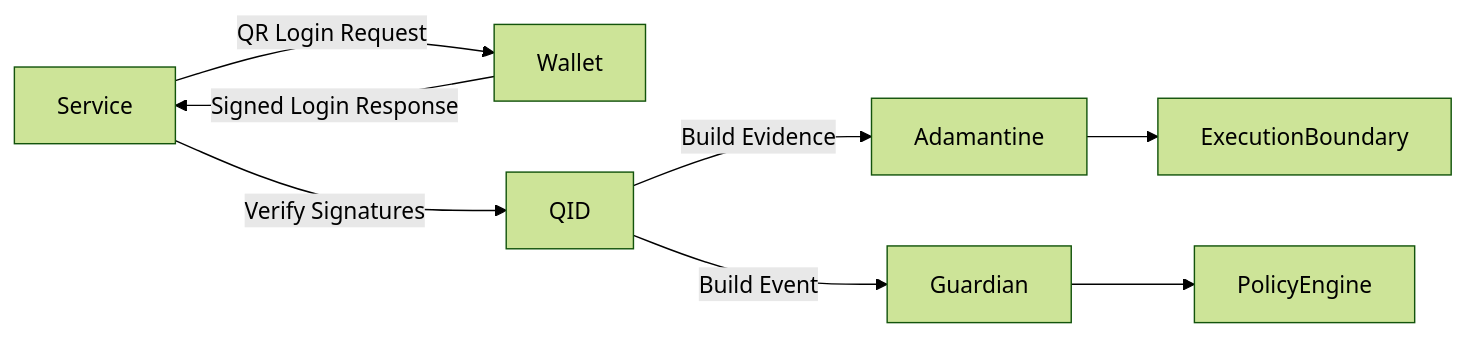
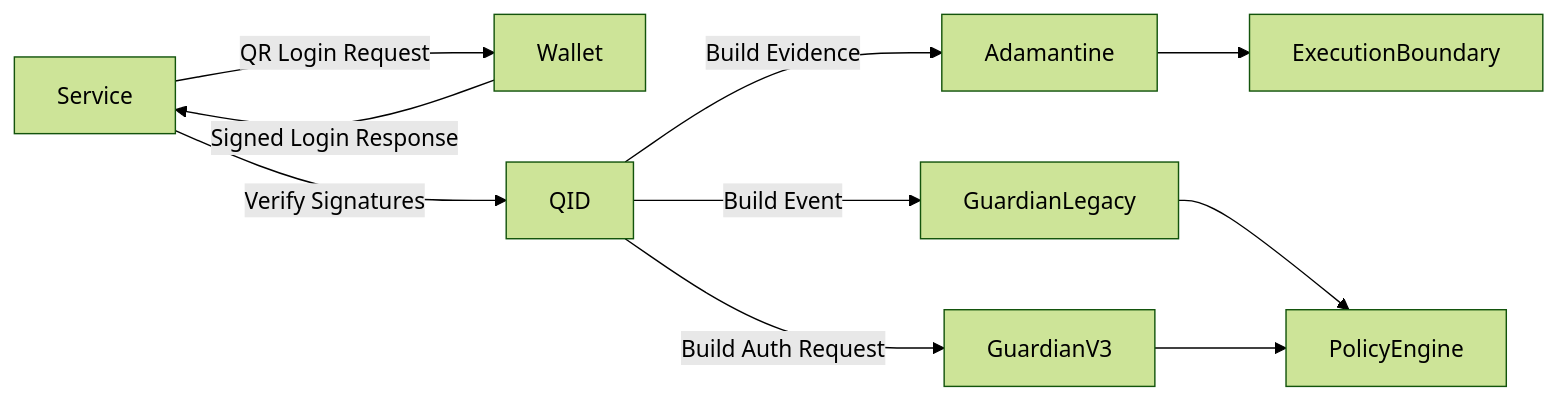
One commit to DarekDGB/DigiByte-Q-ID changed the diagram in README.md. Above: the diagram before and after it, drawn with Mermaid (forest theme). The commit also changed other lines of this file, not shown here.

Commit message:
Align Q-ID README with v1.1.0 Guardian Wallet v3 bridge release

````diff
--- a/README.md
+++ b/README.md
@@ -32,10 +30,12 @@
 ```mermaid
 flowchart LR
     Service -->|QR Login Request| Wallet
     Wallet -->|Signed Login Response| Service
     Service -->|Verify Signatures| QID
     QID -->|Build Evidence| Adamantine
-    QID -->|Build Event| Guardian
+    QID -->|Build Event| GuardianLegacy
+    QID -->|Build Auth Request| GuardianV3
     Adamantine --> ExecutionBoundary
-    Guardian --> PolicyEngine
+    GuardianLegacy --> PolicyEngine
+    GuardianV3 --> PolicyEngine
 ```
````
